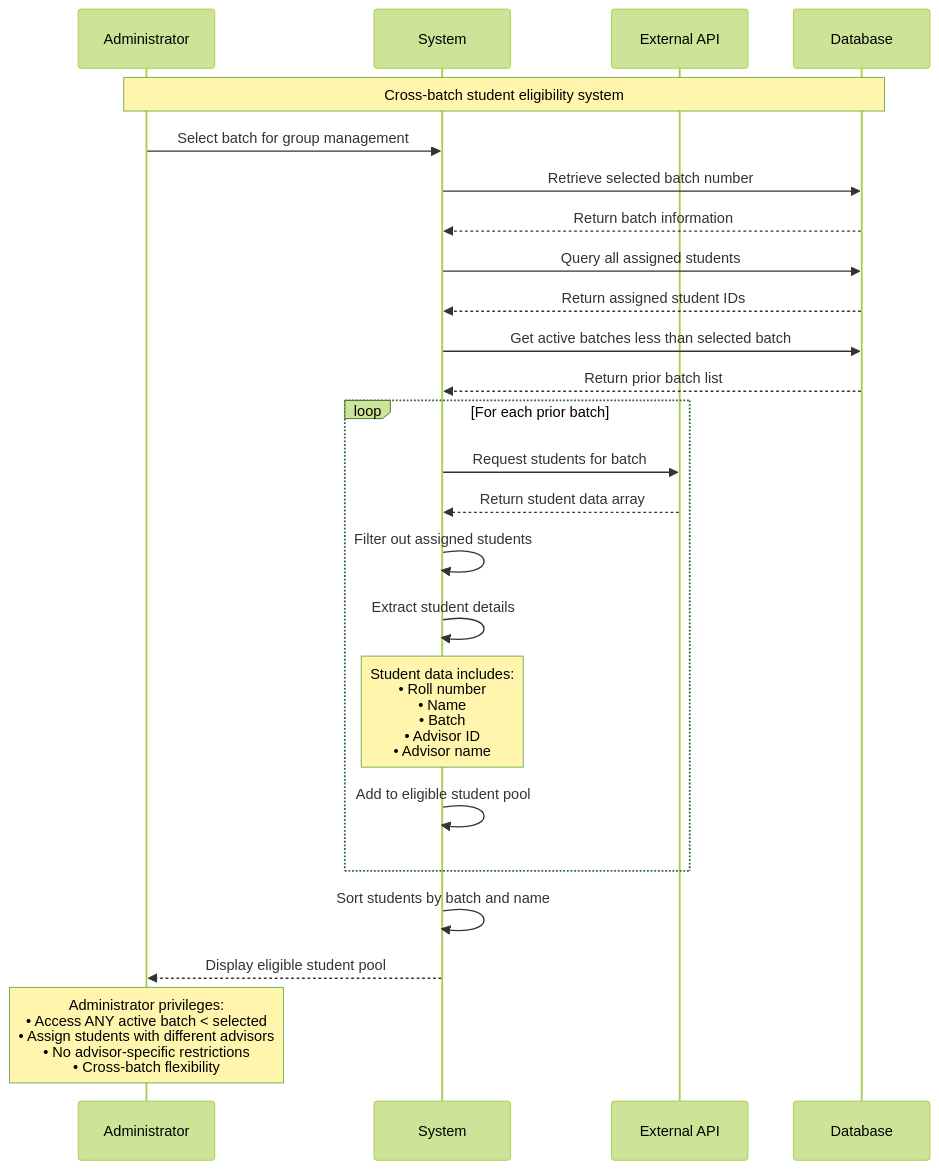
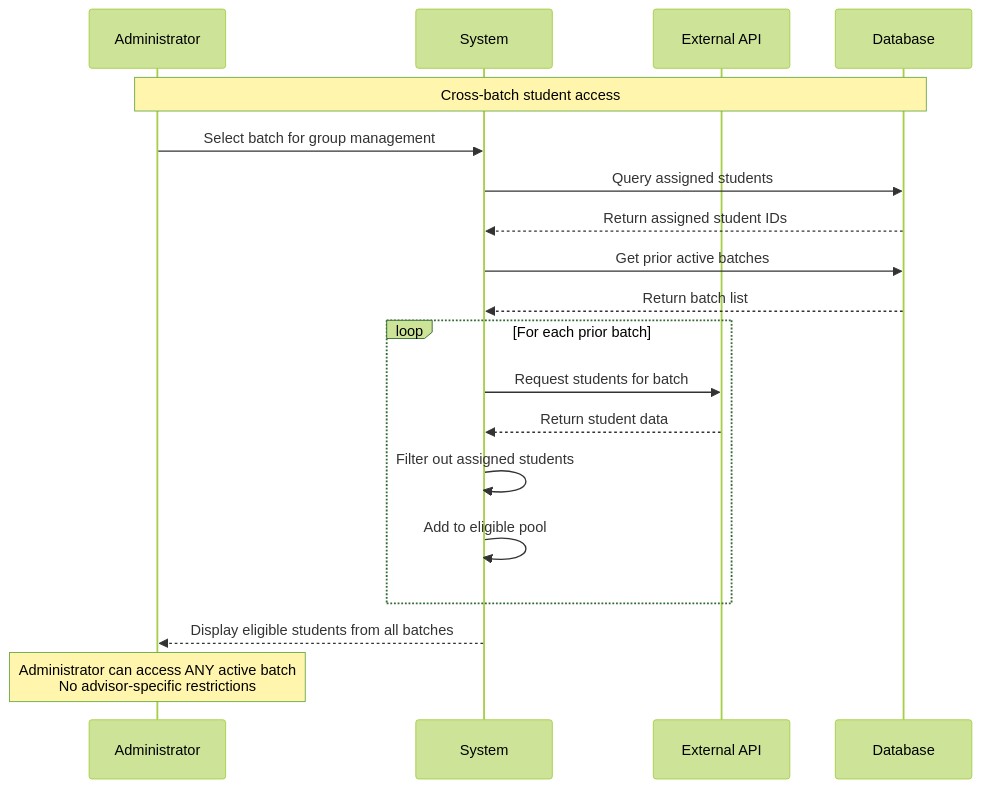
Before and after one commit to abdullah2323442/thesisrepo-backup: diagram 28 of 37 in sequence-academic.md, drawn with Mermaid (forest theme). The commit also changed other lines of this file, not shown here.

Commit message:
update sequence academic md

````diff
--- a/sequence-academic.md
+++ b/sequence-academic.md
@@ -915,35 +915,27 @@
 ```mermaid
 sequenceDiagram
     participant Administrator
     participant System
     participant External API
     participant Database
 
-    Note over Administrator,Database: Cross-batch student eligibility system
+    Note over Administrator,Database: Cross-batch student access
     
     Administrator->>System: Select batch for group management
-    System->>Database: Retrieve selected batch number
-    Database-->>System: Return batch information
-    
-    System->>Database: Query all assigned students
+    System->>Database: Query assigned students
     Database-->>System: Return assigned student IDs
     
-    System->>Database: Get active batches less than selected batch
-    Database-->>System: Return prior batch list
+    System->>Database: Get prior active batches
+    Database-->>System: Return batch list
     
     loop For each prior batch
         System->>External API: Request students for batch
-        External API-->>System: Return student data array
-        
+        External API-->>System: Return student data
         System->>System: Filter out assigned students
-        System->>System: Extract student details
-        Note over System: Student data includes:<br/>• Roll number<br/>• Name<br/>• Batch<br/>• Advisor ID<br/>• Advisor name
-        
-        System->>System: Add to eligible student pool
+        System->>System: Add to eligible pool
     end
     
-    System->>System: Sort students by batch and name
-    System-->>Administrator: Display eligible student pool
+    System-->>Administrator: Display eligible students from all batches
     
-    Note over Administrator: Administrator privileges:<br/>• Access ANY active batch < selected<br/>• Assign students with different advisors<br/>• No advisor-specific restrictions<br/>• Cross-batch flexibility
+    Note over Administrator: Administrator can access ANY active batch<br/>No advisor-specific restrictions
 ```
````
